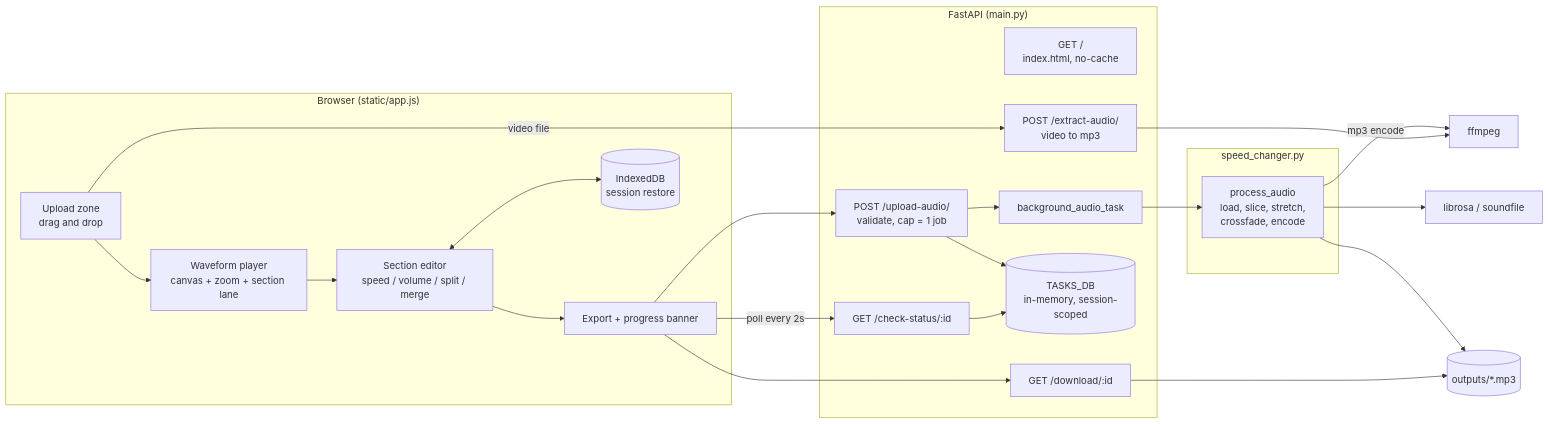
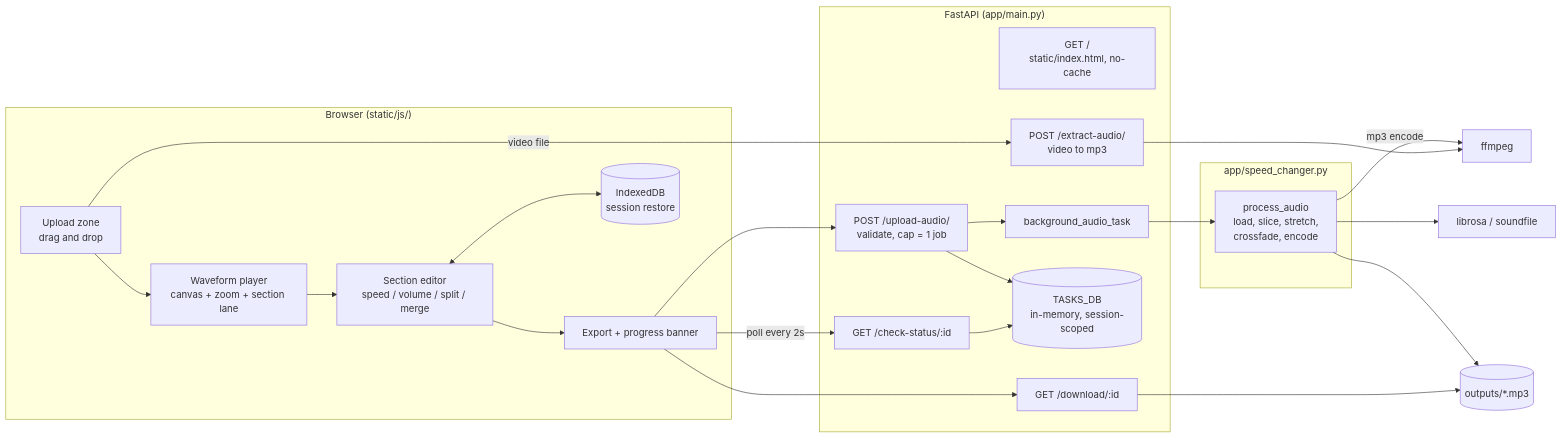
Before and after one commit to JingyiEureka/musiclab: the first of 2 diagrams in ARCHITECTURE.md, drawn with Mermaid. The commit also changed other lines of this file and 25 other files, not shown here.

First line of the commit message:
Reorganise into app/, static/, and tests/

````diff
--- a/ARCHITECTURE.md
+++ b/ARCHITECTURE.md
@@ -9,40 +9,40 @@
 ```mermaid
 flowchart LR
-    subgraph Browser["Browser (static/app.js)"]
+    subgraph Browser["Browser (static/js/)"]
         UP[Upload zone<br/>drag and drop]
         WF[Waveform player<br/>canvas + zoom + section lane]
         SEG[Section editor<br/>speed / volume / split / merge]
         EXP[Export + progress banner]
         IDB[(IndexedDB<br/>session restore)]
     end
 
-    subgraph Server["FastAPI (main.py)"]
-        IDX["GET /<br/>index.html, no-cache"]
+    subgraph Server["FastAPI (app/main.py)"]
+        IDX["GET /<br/>static/index.html, no-cache"]
         UPL["POST /upload-audio/<br/>validate, cap = 1 job"]
         EXT["POST /extract-audio/<br/>video to mp3"]
         ST["GET /check-status/:id"]
         DL["GET /download/:id"]
         DB[(TASKS_DB<br/>in-memory, session-scoped)]
         BG[background_audio_task]
     end
 
-    subgraph Core["speed_changer.py"]
+    subgraph Core["app/speed_changer.py"]
         PA["process_audio<br/>load, slice, stretch,<br/>crossfade, encode"]
     end
 
     FF[ffmpeg]
     LB[librosa / soundfile]
     OUT[(outputs/*.mp3)]
 
     UP -->|video file| EXT
     UP --> WF --> SEG --> EXP
     SEG <--> IDB
     EXP --> UPL --> DB
     UPL --> BG --> PA
     PA --> LB
     PA -->|mp3 encode| FF
     EXT --> FF
     PA --> OUT
     EXP -->|poll every 2s| ST --> DB
     EXP --> DL --> OUT
 ```
````
